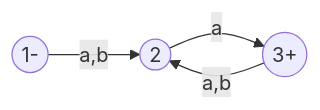
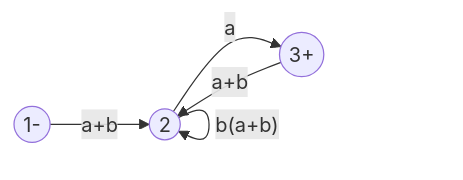
One commit to ufidon/ct changed diagram 14 of 16 in scratch/fas.md. Above: the diagram before and after it, drawn with Mermaid. The commit also changed other lines of this file and 3 other files, not shown here.

````diff
--- a/scratch/fas.md
+++ b/scratch/fas.md
@@ -206,9 +208,10 @@
 ```mermaid
 flowchart LR
   q1(("1-"))
   q2(("2"))
   q3(("3+"))
-  q1-->|"a,b"|q2
+  q1-->|"a+b"|q2
   q2-->|a|q3
-  q3-->|"a,b"|q2
+  q2-->|"b(a+b)"|q2
+  q3-->|"a+b"|q2
 ```
````
